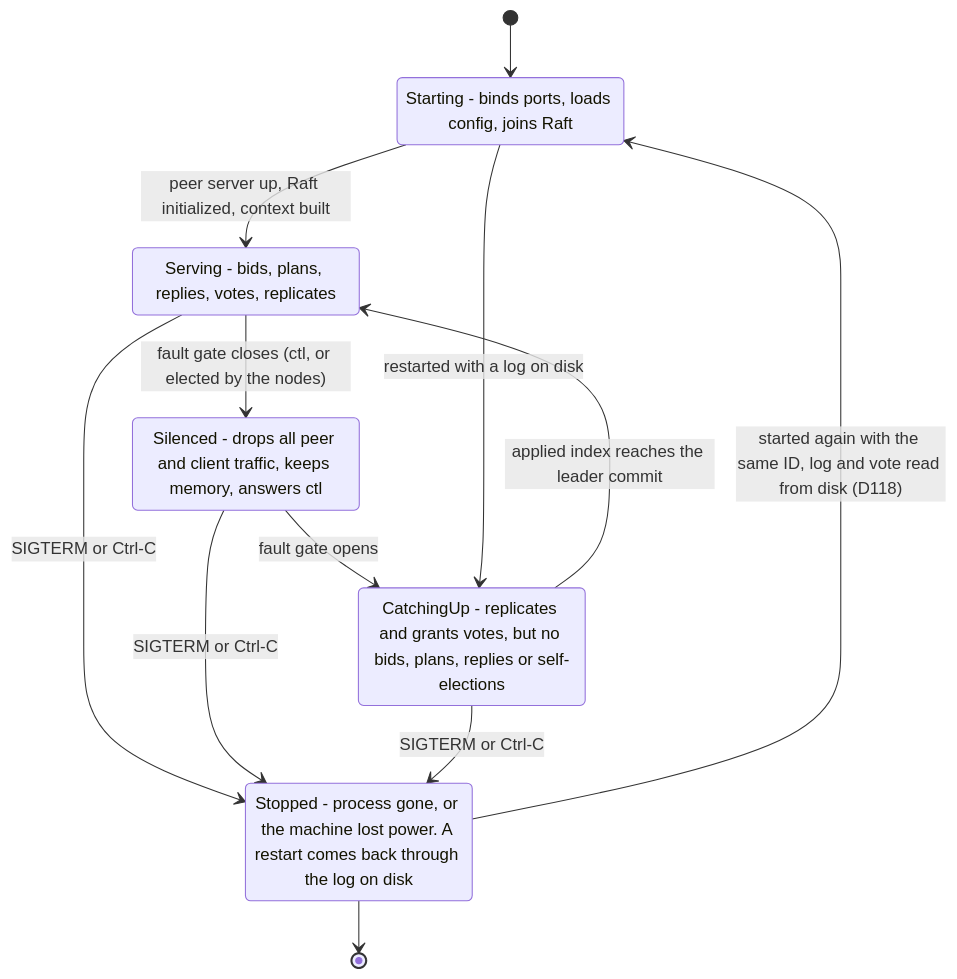
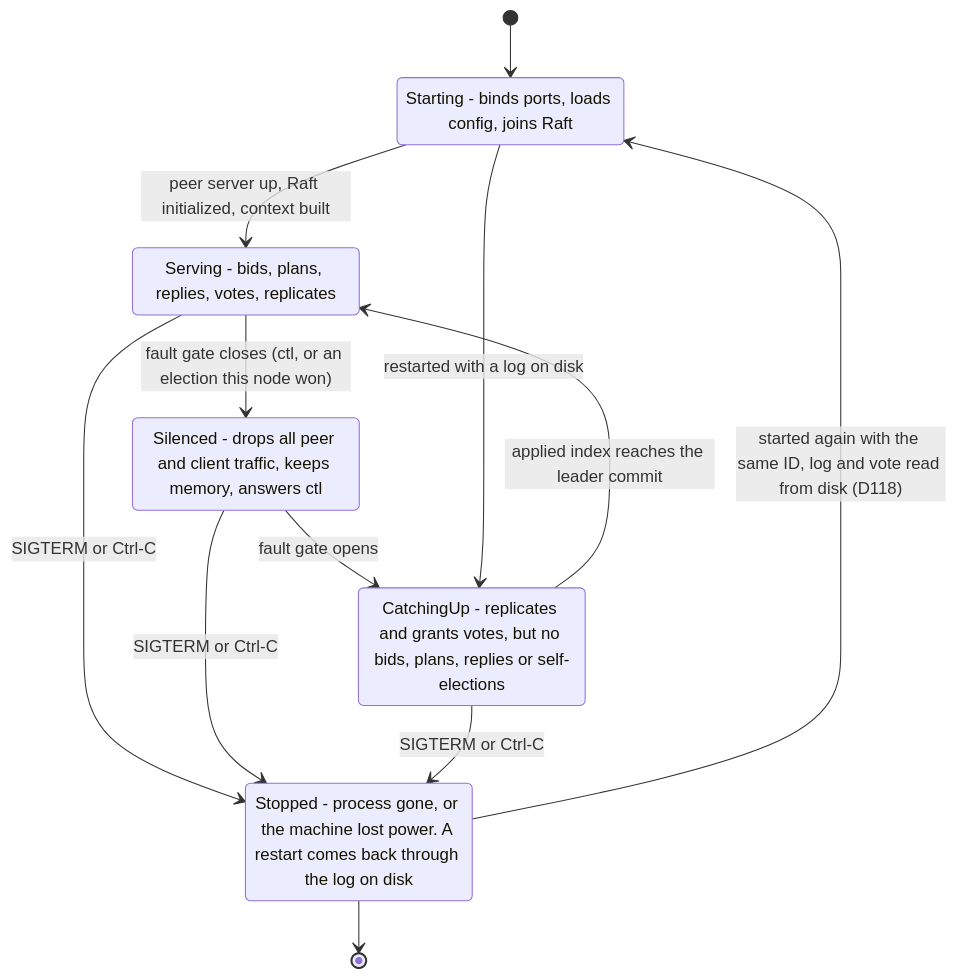
Before and after one commit to noortaytoy1/DistributedSystems: diagram 34 of 45 in docs/architecture.md, drawn with Mermaid. The commit also changed other lines of this file and 6 other files, not shown here.

First line of the commit message:
Apply the fault election's doc notes (D158-D162)

````diff
--- a/docs/architecture.md
+++ b/docs/architecture.md
@@ -1322,19 +1365,19 @@
 ```mermaid
 stateDiagram-v2
     [*] --> Starting
     Starting --> Serving: peer server up, Raft initialized, context built
-    Serving --> Silenced: fault gate closes (ctl, or elected by the nodes)
+    Serving --> Silenced: fault gate closes (ctl, or an election this node won)
     Silenced --> CatchingUp: fault gate opens
     CatchingUp --> Serving: applied index reaches the leader commit
     Serving --> Stopped: SIGTERM or Ctrl-C
     Silenced --> Stopped: SIGTERM or Ctrl-C
     CatchingUp --> Stopped: SIGTERM or Ctrl-C
     Stopped --> Starting: started again with the same ID, log and vote read from disk (D118)
     Starting --> CatchingUp: restarted with a log on disk
     Stopped --> [*]
     Starting: Starting - binds ports, loads config, joins Raft
     Serving: Serving - bids, plans, replies, votes, replicates
     Silenced: Silenced - drops all peer and client traffic, keeps memory, answers ctl
     CatchingUp: CatchingUp - replicates and grants votes, but no bids, plans, replies or self-elections
     Stopped: Stopped - process gone, or the machine lost power. A restart comes back through the log on disk
 ```
````
